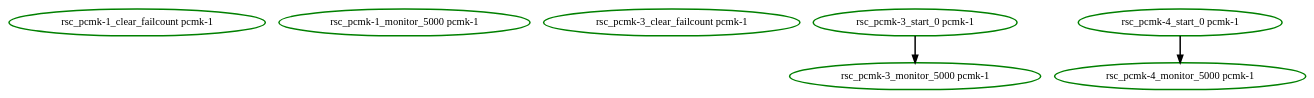
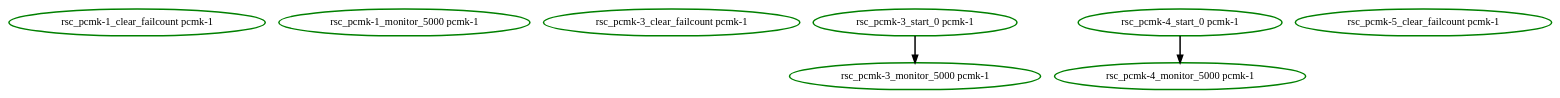
The diagram in pengine/test10/failcount-block.dot (ClusterLabs/pacemaker), drawn with Graphviz before and after one commit. The commit also changed 4 other files, not shown here.

```diff
--- a/pengine/test10/failcount-block.dot
+++ b/pengine/test10/failcount-block.dot
@@ -1,11 +1,12 @@
 digraph "g" {
 "rsc_pcmk-1_clear_failcount pcmk-1" [ style=bold color="green" fontcolor="black"]
 "rsc_pcmk-1_monitor_5000 pcmk-1" [ style=bold color="green" fontcolor="black"]
 "rsc_pcmk-3_clear_failcount pcmk-1" [ style=bold color="green" fontcolor="black"]
 "rsc_pcmk-3_monitor_5000 pcmk-1" [ style=bold color="green" fontcolor="black"]
 "rsc_pcmk-3_start_0 pcmk-1" -> "rsc_pcmk-3_monitor_5000 pcmk-1" [ style = bold]
 "rsc_pcmk-3_start_0 pcmk-1" [ style=bold color="green" fontcolor="black"]
 "rsc_pcmk-4_monitor_5000 pcmk-1" [ style=bold color="green" fontcolor="black"]
 "rsc_pcmk-4_start_0 pcmk-1" -> "rsc_pcmk-4_monitor_5000 pcmk-1" [ style = bold]
 "rsc_pcmk-4_start_0 pcmk-1" [ style=bold color="green" fontcolor="black"]
+"rsc_pcmk-5_clear_failcount pcmk-1" [ style=bold color="green" fontcolor="black"]
 }
```
